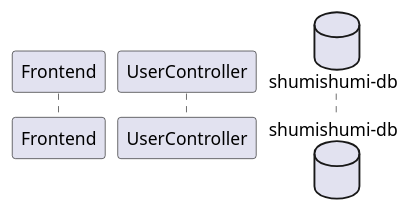
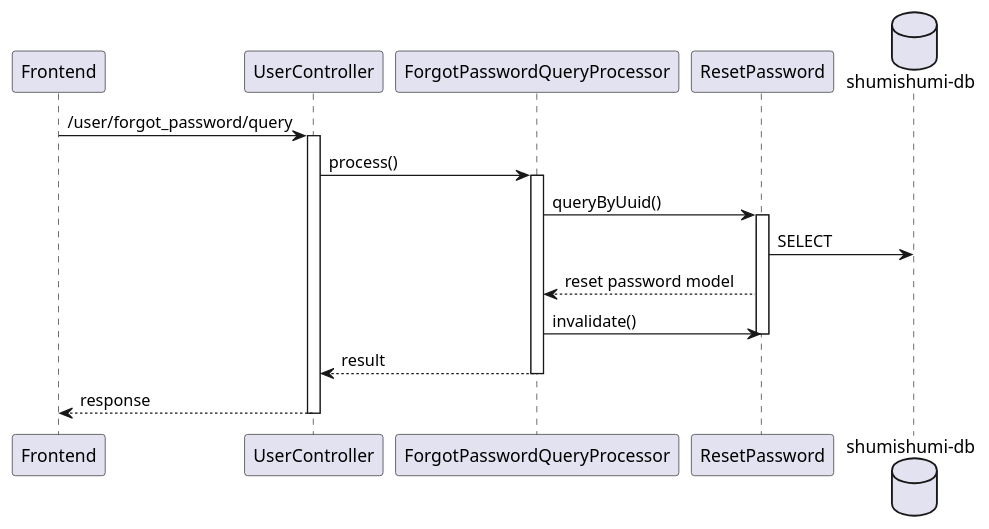
Before and after one commit to aldihsuhandi/skripsi-2023: the diagram in uml diagram/sequence diagram/BE/user controller/forgotPasswordQuery.pu, drawn with PlantUML. The commit also changed 4 other files, not shown here.

```diff
--- a/uml diagram/sequence diagram/BE/user controller/forgotPasswordQuery.pu
+++ b/uml diagram/sequence diagram/BE/user controller/forgotPasswordQuery.pu
@@ -1,7 +1,23 @@
 @startuml forgotPasswordQuery
 participant "Frontend" as fe
 participant "UserController" as uc
 
+participant "ForgotPasswordQueryProcessor" as proc
+
+participant "ResetPassword" as rpm
+
 database "shumishumi-db" as db
 
+fe -> uc++ : /user/forgot_password/query
+uc -> proc++ : process()
+
+proc -> rpm++ : queryByUuid()
+rpm -> db : SELECT
+proc <-- rpm : reset password model
+proc -> rpm : invalidate()
+deactivate rpm
+
+return result
+return response
+
 @enduml
```
